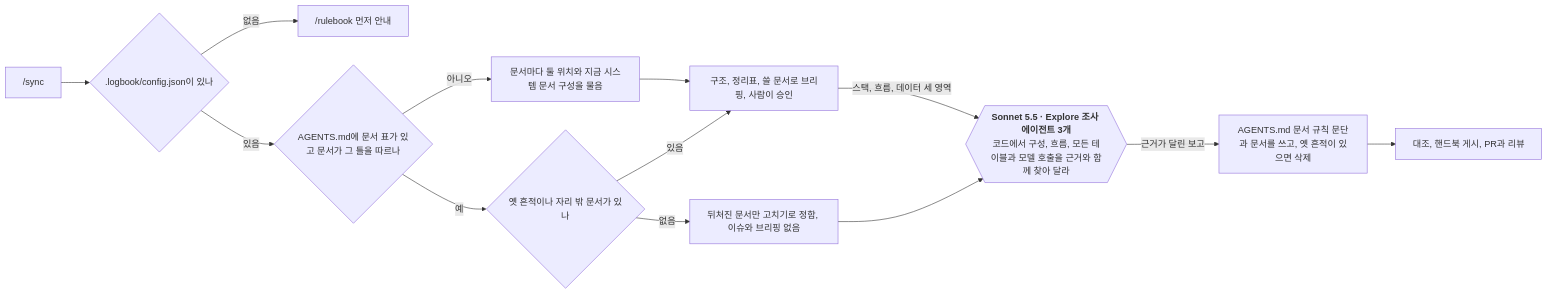
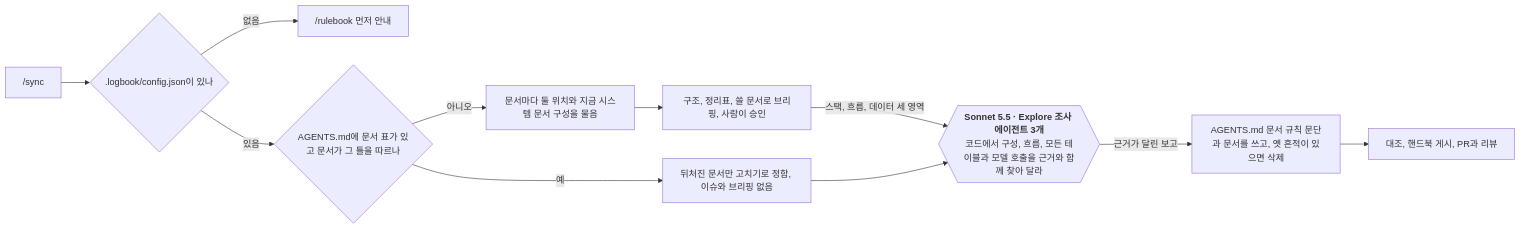
The ninth of 9 diagrams in docs/system/flows.md (dincal/agent_logbook), drawn with Mermaid before and after one commit. The commit also changed other lines of this file and 27 other files, not shown here.

````diff
--- a/docs/system/flows.md
+++ b/docs/system/flows.md
@@ -247,16 +251,14 @@
 ```mermaid
 flowchart LR
   A["/sync"] --> B{".logbook/config.json이 있나"}
   B -->|"없음"| R["/rulebook 먼저 안내"]
   B -->|"있음"| T{"AGENTS.md에 문서 표가 있고 문서가 그 틀을 따르나"}
   T -->|"아니오"| Q["문서마다 둘 위치와 지금 시스템 문서 구성을 물음"]
   Q --> D["구조, 정리표, 쓸 문서로 브리핑, 사람이 승인"]
-  T -->|"예"| C{"옛 흔적이나 자리 밖 문서가 있나"}
-  C -->|"있음"| D
   D -->|"스택, 흐름, 데이터 세 영역"| S{{"`**Sonnet 5.5 · Explore 조사 에이전트 3개**
   코드에서 구성, 흐름, 모든 테이블과 모델 호출을 근거와 함께 찾아 달라`"}}
-  C -->|"없음"| F["뒤처진 문서만 고치기로 정함, 이슈와 브리핑 없음"]
+  T -->|"예"| F["뒤처진 문서만 고치기로 정함, 이슈와 브리핑 없음"]
   F --> S
   S -->|"근거가 달린 보고"| E["AGENTS.md 문서 규칙 문단과 문서를 쓰고, 옛 흔적이 있으면 삭제"]
   E --> G["대조, 핸드북 게시, PR과 리뷰"]
 ```
````
